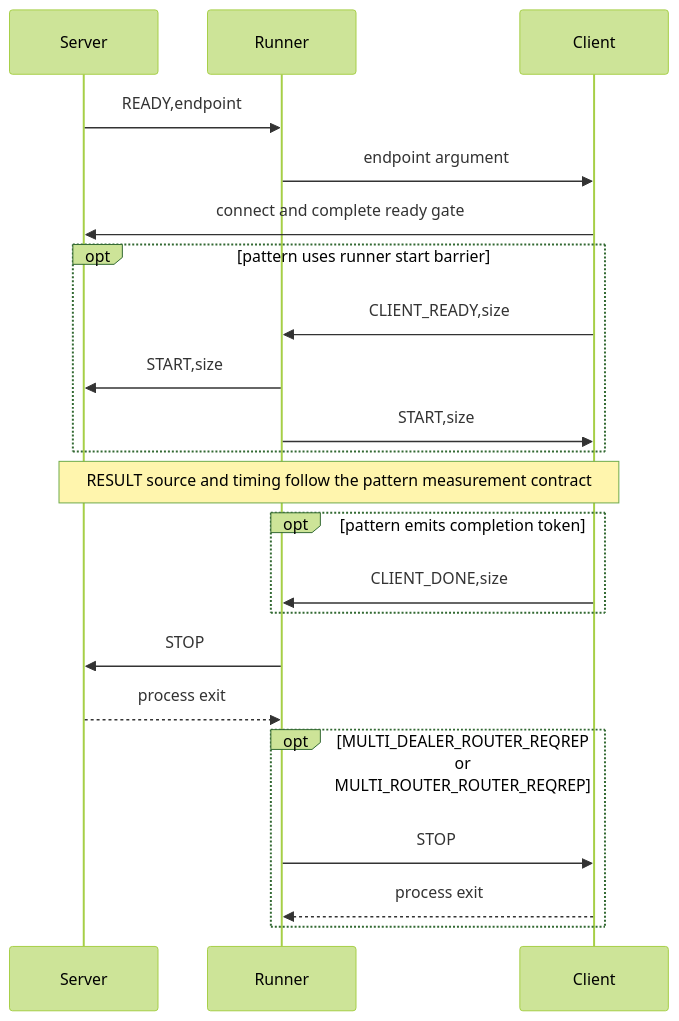
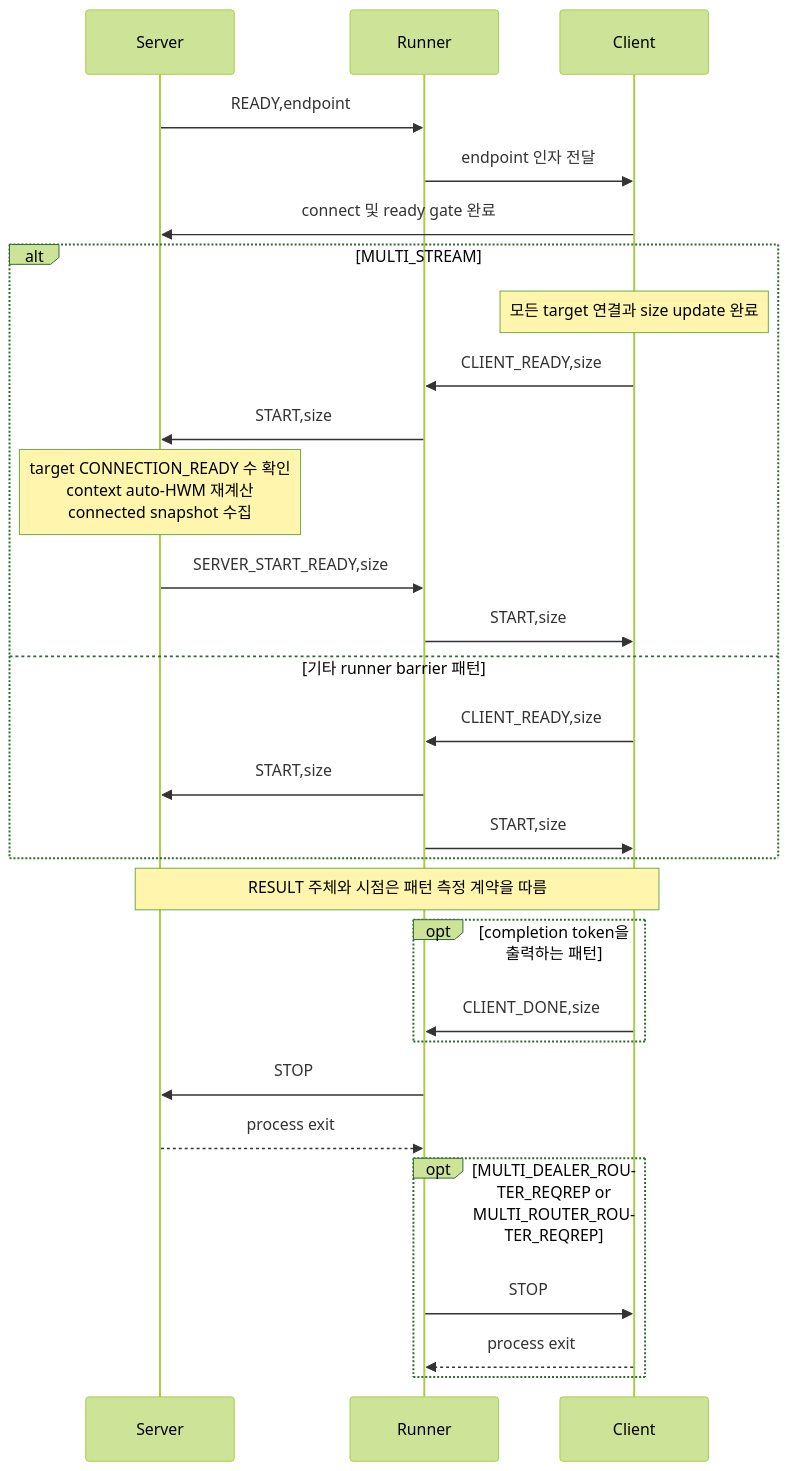
The diagram in doc/perf/PERF_MULTI_TEST_POLICY.md (zlink-systems/zlink), drawn with Mermaid (forest theme) before and after one commit. The commit also changed other lines of this file and 20 other files, not shown here.

Commit message:
perf: align multi benchmark measurement policy

````diff
--- a/doc/perf/PERF_MULTI_TEST_POLICY.md
+++ b/doc/perf/PERF_MULTI_TEST_POLICY.md
@@ -404,25 +407,32 @@
 ```mermaid
 sequenceDiagram
     participant S as Server
     participant R as Runner
     participant C as Client
 
     S->>R: READY,endpoint
-    R->>C: endpoint argument
-    C->>S: connect and complete ready gate
-    opt pattern uses runner start barrier
+    R->>C: endpoint 인자 전달
+    C->>S: connect 및 ready gate 완료
+    alt MULTI_STREAM
+        Note over C: 모든 target 연결과 size update 완료
+        C->>R: CLIENT_READY,size
+        R->>S: START,size
+        Note over S: target CONNECTION_READY 수 확인<br/>context auto-HWM 재계산<br/>connected snapshot 수집
+        S->>R: SERVER_START_READY,size
+        R->>C: START,size
+    else 기타 runner barrier 패턴
         C->>R: CLIENT_READY,size
         R->>S: START,size
         R->>C: START,size
     end
-    Note over S,C: RESULT source and timing follow the pattern measurement contract
-    opt pattern emits completion token
+    Note over S,C: RESULT 주체와 시점은 패턴 측정 계약을 따름
+    opt completion token을 출력하는 패턴
         C->>R: CLIENT_DONE,size
     end
     R->>S: STOP
     S-->>R: process exit
     opt MULTI_DEALER_ROUTER_REQREP or MULTI_ROUTER_ROUTER_REQREP
         R->>C: STOP
         C-->>R: process exit
     end
 ```
````
